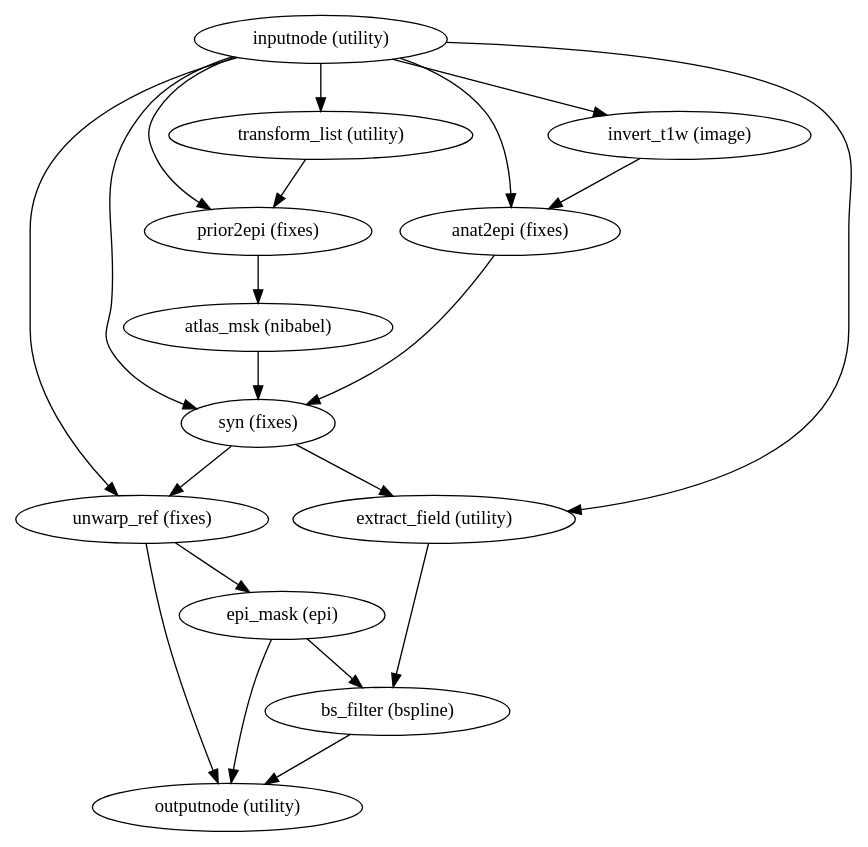
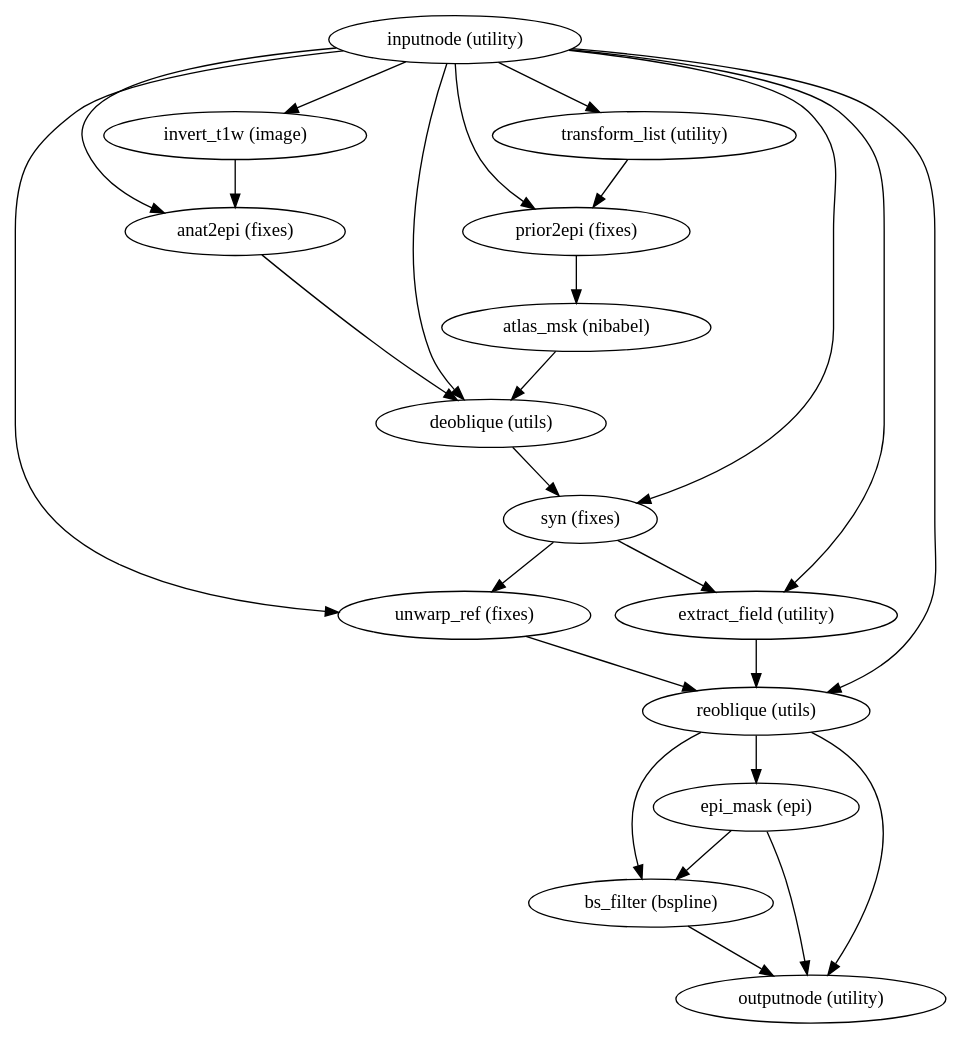
Before and after one commit to wayne009007/sdcflows: the diagram in 2.0.0rc2/wf_directive/api/syn_sdc_wf/sdcflows-workflows-fit-syn-1.dot, drawn with Graphviz. The commit also changed 2237 other files, not shown here.

```diff
--- a/2.0.0rc2/wf_directive/api/syn_sdc_wf/sdcflows-workflows-fit-syn-1.dot
+++ b/2.0.0rc2/wf_directive/api/syn_sdc_wf/sdcflows-workflows-fit-syn-1.dot
@@ -1,34 +1,41 @@
 strict digraph  {
 "inputnode (utility)";
 "transform_list (utility)";
 "invert_t1w (image)";
 "anat2epi (fixes)";
+"deoblique (utils)";
+"reoblique (utils)";
 "syn (fixes)";
 "unwarp_ref (fixes)";
 "prior2epi (fixes)";
 "extract_field (utility)";
 "epi_mask (epi)";
+"bs_filter (bspline)";
 "outputnode (utility)";
 "atlas_msk (nibabel)";
-"bs_filter (bspline)";
 "inputnode (utility)" -> "transform_list (utility)";
 "inputnode (utility)" -> "invert_t1w (image)";
 "inputnode (utility)" -> "anat2epi (fixes)";
+"inputnode (utility)" -> "deoblique (utils)";
+"inputnode (utility)" -> "reoblique (utils)";
 "inputnode (utility)" -> "syn (fixes)";
 "inputnode (utility)" -> "unwarp_ref (fixes)";
 "inputnode (utility)" -> "prior2epi (fixes)";
 "inputnode (utility)" -> "extract_field (utility)";
 "transform_list (utility)" -> "prior2epi (fixes)";
 "invert_t1w (image)" -> "anat2epi (fixes)";
-"anat2epi (fixes)" -> "syn (fixes)";
+"anat2epi (fixes)" -> "deoblique (utils)";
+"deoblique (utils)" -> "syn (fixes)";
+"reoblique (utils)" -> "epi_mask (epi)";
+"reoblique (utils)" -> "bs_filter (bspline)";
+"reoblique (utils)" -> "outputnode (utility)";
 "syn (fixes)" -> "extract_field (utility)";
 "syn (fixes)" -> "unwarp_ref (fixes)";
-"unwarp_ref (fixes)" -> "epi_mask (epi)";
-"unwarp_ref (fixes)" -> "outputnode (utility)";
+"unwarp_ref (fixes)" -> "reoblique (utils)";
 "prior2epi (fixes)" -> "atlas_msk (nibabel)";
-"extract_field (utility)" -> "bs_filter (bspline)";
+"extract_field (utility)" -> "reoblique (utils)";
 "epi_mask (epi)" -> "bs_filter (bspline)";
 "epi_mask (epi)" -> "outputnode (utility)";
-"atlas_msk (nibabel)" -> "syn (fixes)";
 "bs_filter (bspline)" -> "outputnode (utility)";
+"atlas_msk (nibabel)" -> "deoblique (utils)";
 }
```
